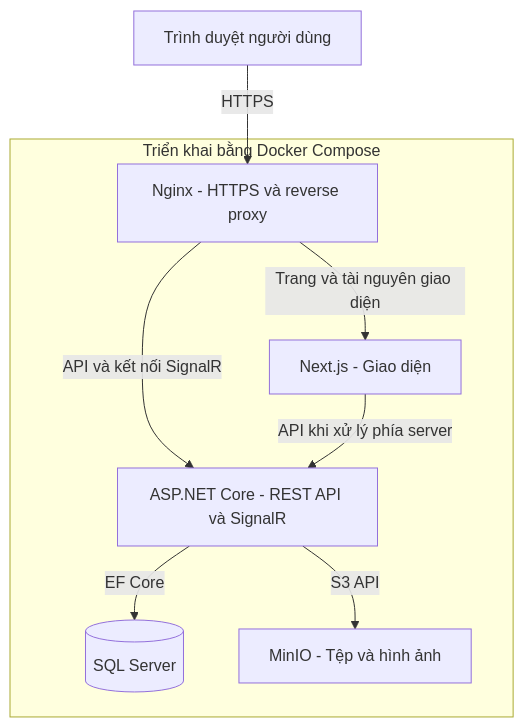
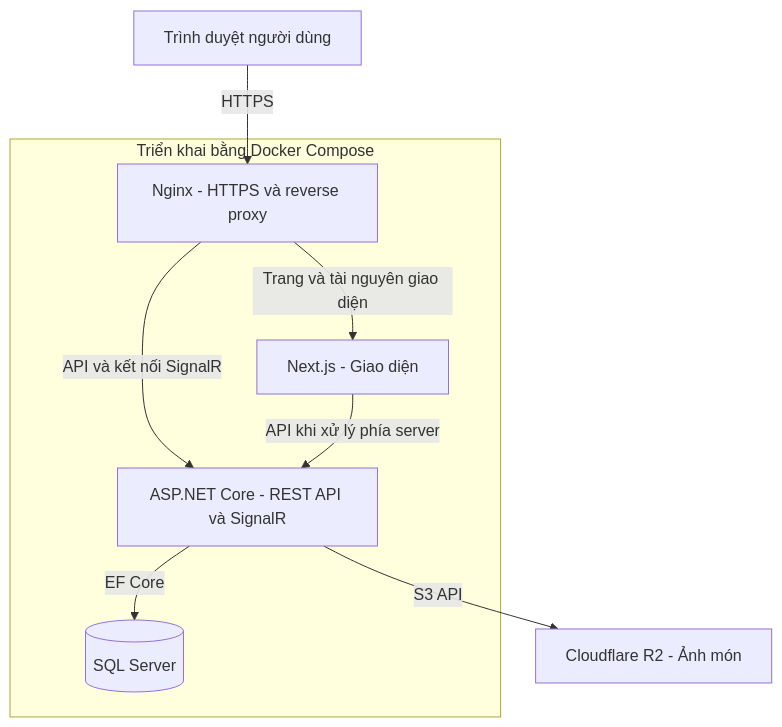
The diagram in README.md (Trunghieu220504/restaurant-management-system), drawn with Mermaid before and after one commit. The commit also changed other lines of this file and 6 other files, not shown here.

````diff
--- a/README.md
+++ b/README.md
@@ -125,17 +126,17 @@
 ```mermaid
 flowchart TB
     U[Trình duyệt người dùng]
     subgraph DEPLOY[Triển khai bằng Docker Compose]
         N[Nginx - HTTPS và reverse proxy]
         F[Next.js - Giao diện]
         B[ASP.NET Core - REST API và SignalR]
         D[(SQL Server)]
-        S[MinIO - Tệp và hình ảnh]
         N -->|Trang và tài nguyên giao diện| F
         N -->|API và kết nối SignalR| B
         F -->|API khi xử lý phía server| B
         B -->|EF Core| D
-        B -->|S3 API| S
     end
     U -->|HTTPS| N
+    S[Cloudflare R2 - Ảnh món]
+    B -->|S3 API| S
 ```
````
